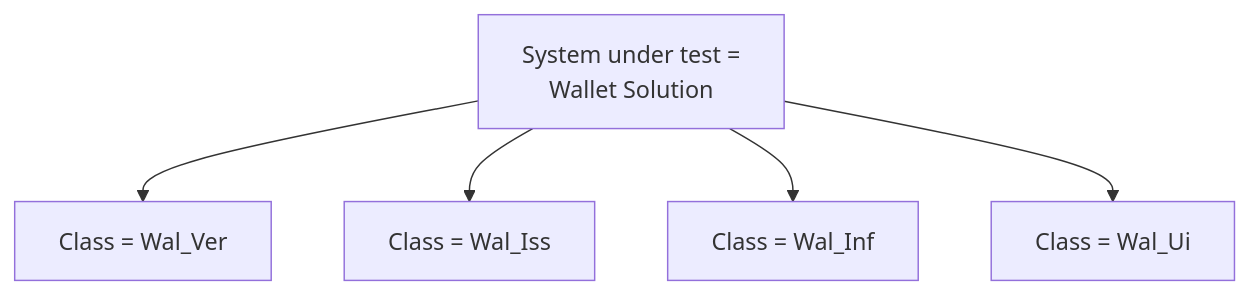
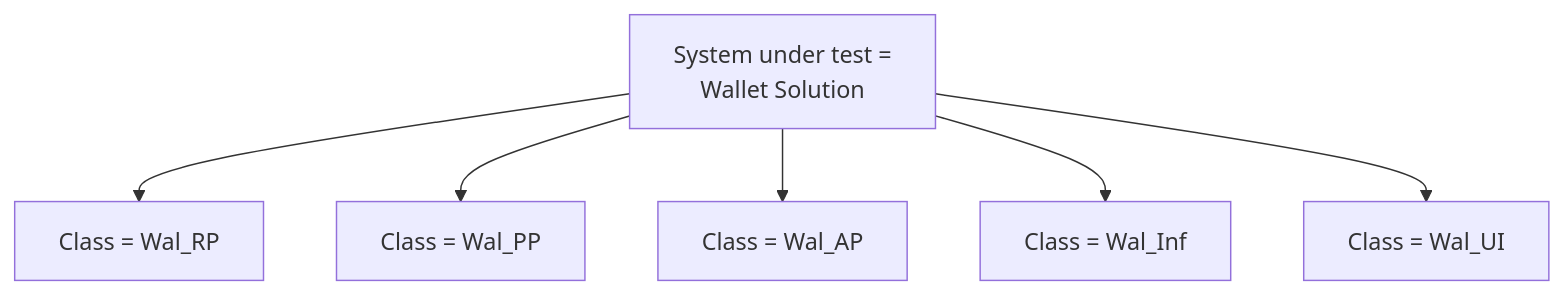
One commit to eu-digital-identity-wallet/eudi-doc-functional-conformance-assessment changed the second of 2 diagrams in docs/fcaf/index.md. Above: the diagram before and after it, drawn with Mermaid. The commit also changed other lines of this file and 6 other files, not shown here.

````diff
--- a/docs/fcaf/index.md
+++ b/docs/fcaf/index.md
@@ -126,10 +130,11 @@
 ```mermaid
 flowchart TD
 
     SUT["System under test =<br/>Wallet Solution"]
 
-    SUT --> C1["Class = Wal_Ver"]
-    SUT --> C2["Class = Wal_Iss"]
-    SUT --> C3["Class = Wal_Inf"]
-    SUT --> C4["Class = Wal_Ui"]
+    SUT --> C1["Class = Wal_RP"]
+    SUT --> C2["Class = Wal_PP"]
+    SUT --> C3["Class = Wal_AP"]
+    SUT --> C4["Class = Wal_Inf"]
+    SUT --> C5["Class = Wal_UI"]
 ```
````
